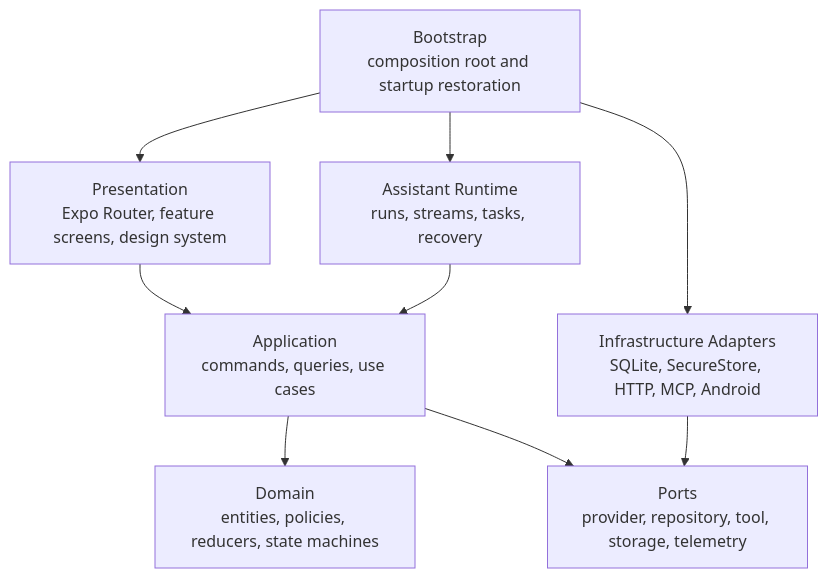
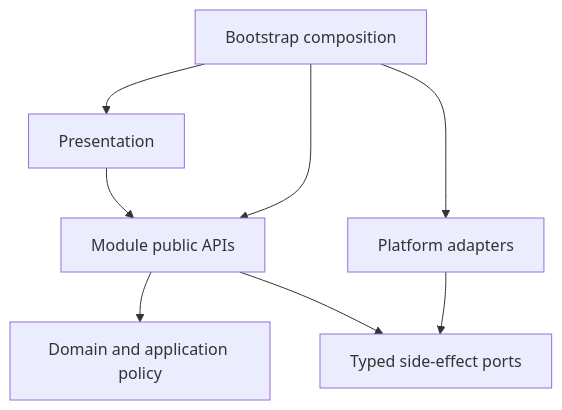
One commit to domidoremi/IsleMind changed the diagram in docs/architecture/islemind-vnext-architecture-refactor-plan.md. Above: the diagram before and after it, drawn with Mermaid. The commit also changed other lines of this file and 231 other files, not shown here.

````diff
--- a/docs/architecture/islemind-vnext-architecture-refactor-plan.md
+++ b/docs/architecture/islemind-vnext-architecture-refactor-plan.md
@@ -67,11 +35,10 @@
 ```mermaid
 flowchart TB
-  P["Presentation\nExpo Router, feature screens, design system"] --> A["Application\ncommands, queries, use cases"]
-  A --> D["Domain\nentities, policies, reducers, state machines"]
-  A --> O["Ports\nprovider, repository, tool, storage, telemetry"]
-  I["Infrastructure Adapters\nSQLite, SecureStore, HTTP, MCP, Android"] --> O
-  R["Assistant Runtime\nruns, streams, tasks, recovery"] --> A
-  B["Bootstrap\ncomposition root and startup restoration"] --> P
-  B --> R
-  B --> I
+  P["Presentation"] --> M["Module public APIs"]
+  M --> D["Domain and application policy"]
+  M --> O["Typed side-effect ports"]
+  A["Platform adapters"] --> O
+  B["Bootstrap composition"] --> P
+  B --> M
+  B --> A
 ```
````
